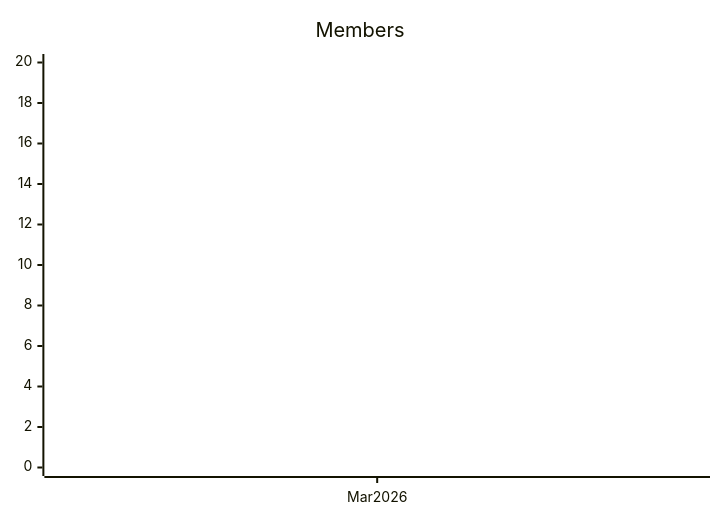
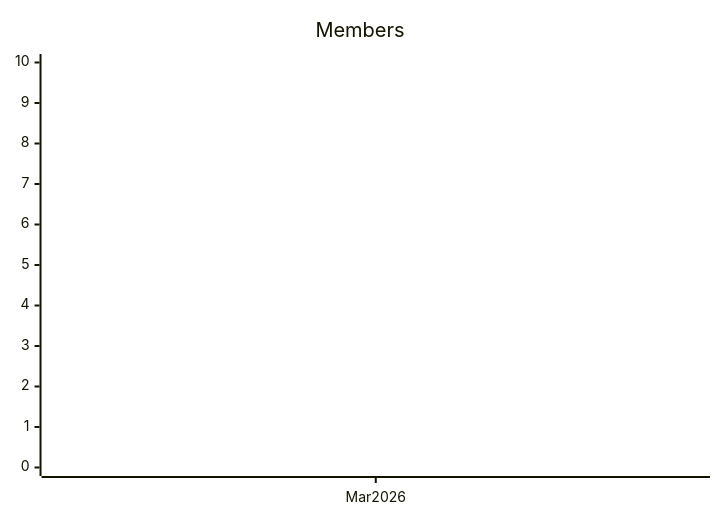
The second of 2 diagrams in README.md (surenpoghosian/open-source-triage-initiative), drawn with Mermaid before and after one commit. The commit also changed other lines of this file, not shown here.

````diff
--- a/README.md
+++ b/README.md
@@ -21,7 +21,7 @@
 ```mermaid
 xychart-beta
     title "Members"
     x-axis [Mar 2026]
-    y-axis 0 --> 20
+    y-axis 0 --> 10
     line [0]
 ```
````
